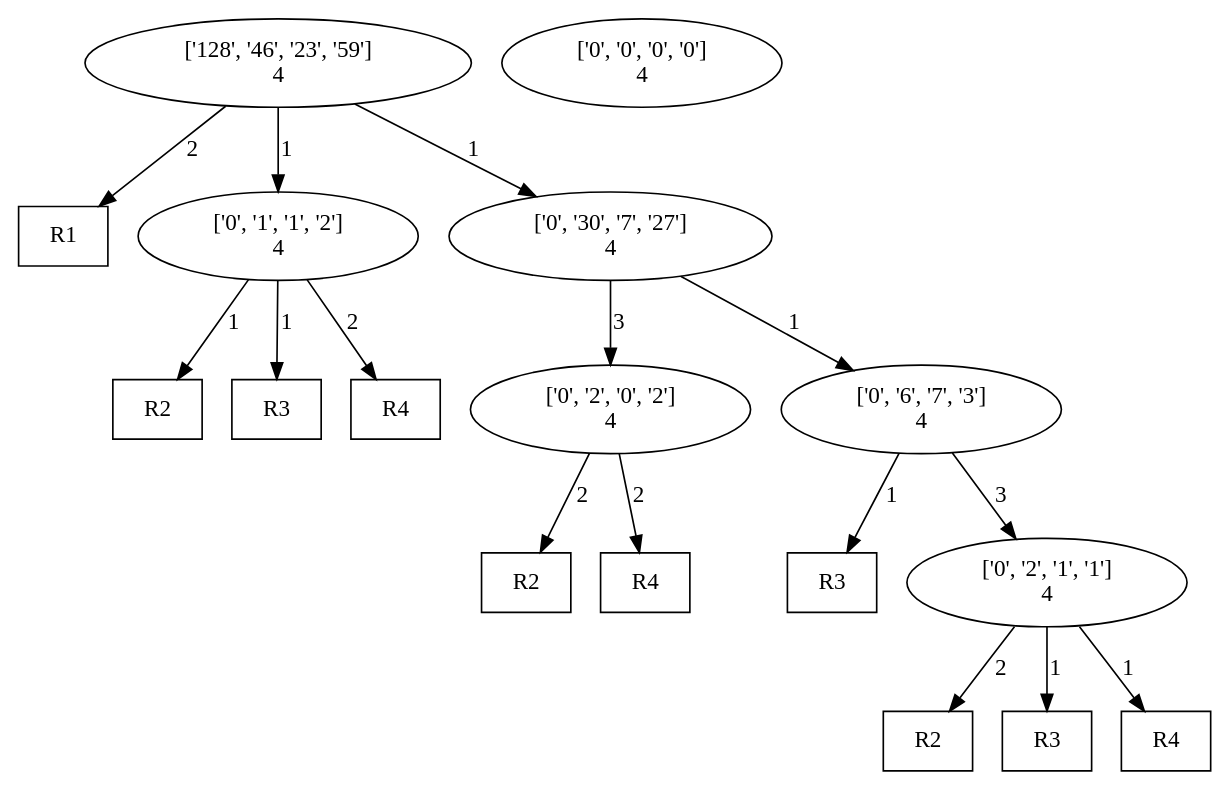
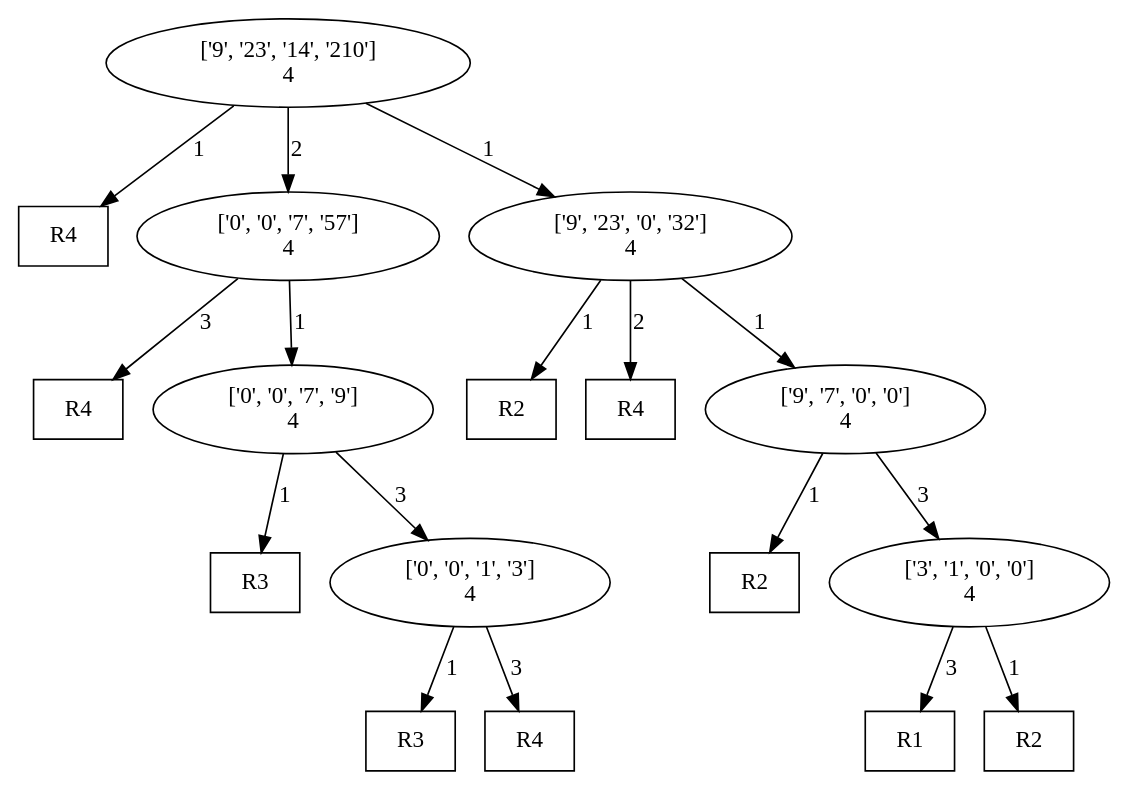
Before and after one commit to AbhikKhan/FloSPA_HDA_LAFCA: the diagram in skeletonTreeAfterAnnotation.dot, drawn with Graphviz. The commit also changed 109 other files, not shown here.

```diff
--- a/skeletonTreeAfterAnnotation.dot
+++ b/skeletonTreeAfterAnnotation.dot
@@ -1,25 +1,26 @@
 digraph "DD" { 
 graph [ ordering = "out"];
-1 [label = "['128', '46', '23', '59']\n4"];
-5000 [shape="box",label = "R1"];
-1 -> 5000[label =2];2 [label = "['0', '1', '1', '2']\n4"];
-5001 [shape="box",label = "R2"];
-2 -> 5001[label =1];5002 [shape="box",label = "R3"];
-2 -> 5002[label =1];5003 [shape="box",label = "R4"];
-2 -> 5003[label =2];3 [label = "['0', '30', '7', '27']\n4"];
-4 [label = "['0', '2', '0', '2']\n4"];
-5004 [shape="box",label = "R2"];
-4 -> 5004[label =2];5005 [shape="box",label = "R4"];
-4 -> 5005[label =2];5 [label = "['0', '6', '7', '3']\n4"];
+1 [label = "['9', '23', '14', '210']\n4"];
+5000 [shape="box",label = "R4"];
+1 -> 5000[label =1];2 [label = "['0', '0', '7', '57']\n4"];
+5001 [shape="box",label = "R4"];
+2 -> 5001[label =3];3 [label = "['9', '23', '0', '32']\n4"];
+5002 [shape="box",label = "R2"];
+3 -> 5002[label =1];5003 [shape="box",label = "R4"];
+3 -> 5003[label =2];4 [label = "['0', '0', '7', '9']\n4"];
+5004 [shape="box",label = "R3"];
+4 -> 5004[label =1];5 [label = "['9', '7', '0', '0']\n4"];
+5005 [shape="box",label = "R2"];
+5 -> 5005[label =1];6 [label = "['0', '0', '1', '3']\n4"];
 5006 [shape="box",label = "R3"];
-5 -> 5006[label =1];6 [label = "['0', '2', '1', '1']\n4"];
-5007 [shape="box",label = "R2"];
-6 -> 5007[label =2];5008 [shape="box",label = "R3"];
-6 -> 5008[label =1];5009 [shape="box",label = "R4"];
-6 -> 5009[label =1];7 [label = "['0', '0', '0', '0']\n4"];
-1 -> 2[label = 1];
+6 -> 5006[label =1];5007 [shape="box",label = "R4"];
+6 -> 5007[label =3];7 [label = "['3', '1', '0', '0']\n4"];
+5008 [shape="box",label = "R1"];
+7 -> 5008[label =3];5009 [shape="box",label = "R2"];
+7 -> 5009[label =1];1 -> 2[label = 2];
 1 -> 3[label = 1];
-3 -> 4[label = 3];
+2 -> 4[label = 1];
 3 -> 5[label = 1];
-5 -> 6[label = 3];
+4 -> 6[label = 3];
+5 -> 7[label = 3];
 }
```
